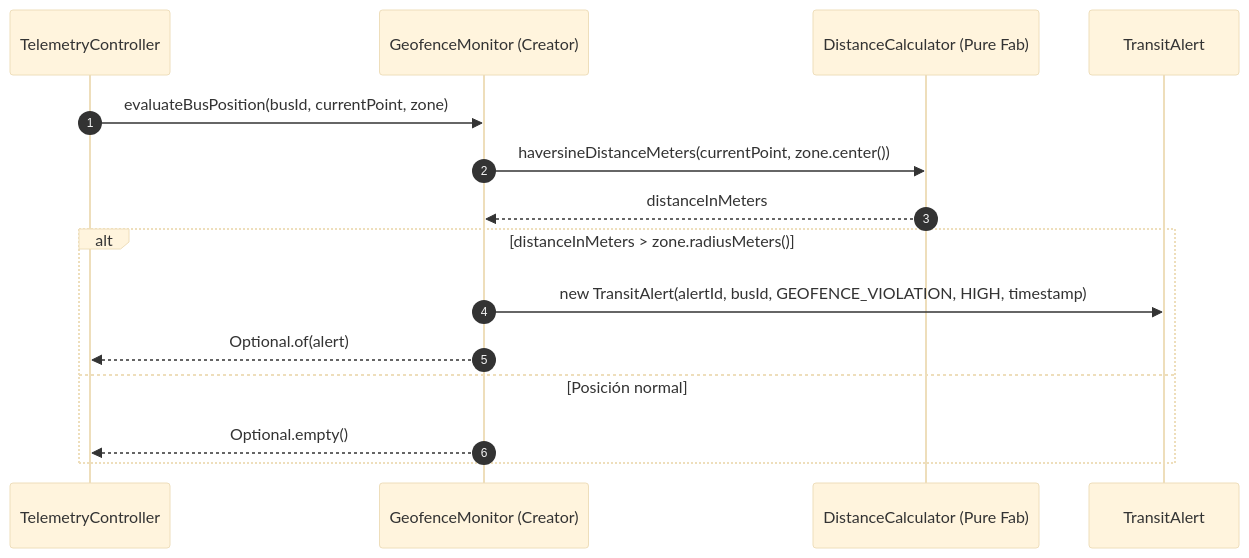
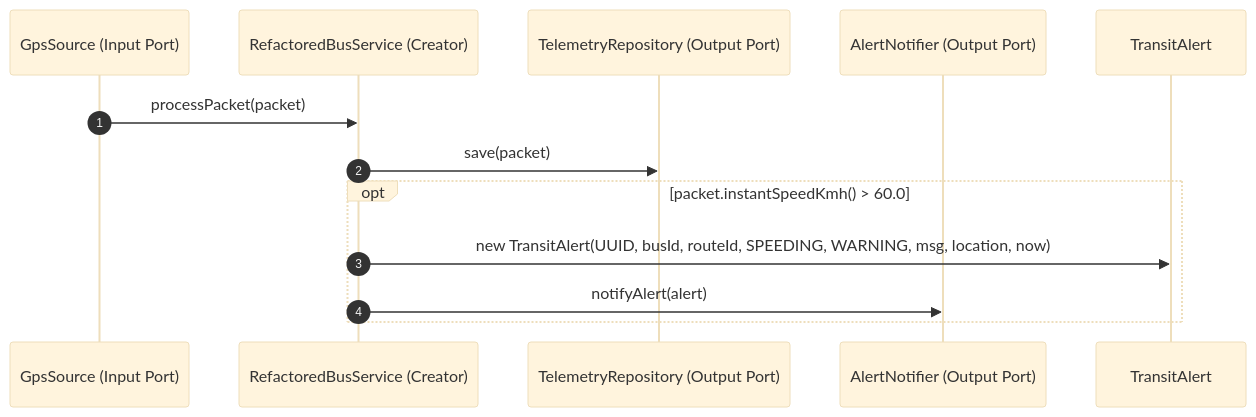
Before and after one commit to Kelocoes/docukelo-icesi: the third of 5 diagrams in docs/diseno-de-software-1/semana-1/02-solid-grasp.md, drawn with Mermaid (base theme). The commit also changed other lines of this file and 4 other files, not shown here.

````diff
--- a/docs/diseno-de-software-1/semana-1/02-solid-grasp.md
+++ b/docs/diseno-de-software-1/semana-1/02-solid-grasp.md
@@ -200,18 +255,16 @@
 ```mermaid
 sequenceDiagram
     autonumber
-    participant Controller as TelemetryController
-    participant Monitor as GeofenceMonitor (Creator)
-    participant Calc as DistanceCalculator (Pure Fab)
+    participant Source as GpsSource (Input Port)
+    participant Service as RefactoredBusService (Creator)
+    participant Repo as TelemetryRepository (Output Port)
+    participant Notifier as AlertNotifier (Output Port)
     participant Alert as TransitAlert
 
-    Controller->>Monitor: evaluateBusPosition(busId, currentPoint, zone)
-    Monitor->>Calc: haversineDistanceMeters(currentPoint, zone.center())
-    Calc-->>Monitor: distanceInMeters
-    alt distanceInMeters > zone.radiusMeters()
-        Monitor->>Alert: new TransitAlert(alertId, busId, GEOFENCE_VIOLATION, HIGH, timestamp)
-        Monitor-->>Controller: Optional.of(alert)
-    else Posición normal
-        Monitor-->>Controller: Optional.empty()
+    Source->>Service: processPacket(packet)
+    Service->>Repo: save(packet)
+    opt packet.instantSpeedKmh() > 60.0
+        Service->>Alert: new TransitAlert(UUID, busId, routeId, SPEEDING, WARNING, msg, location, now)
+        Service->>Notifier: notifyAlert(alert)
     end
 ```
````
